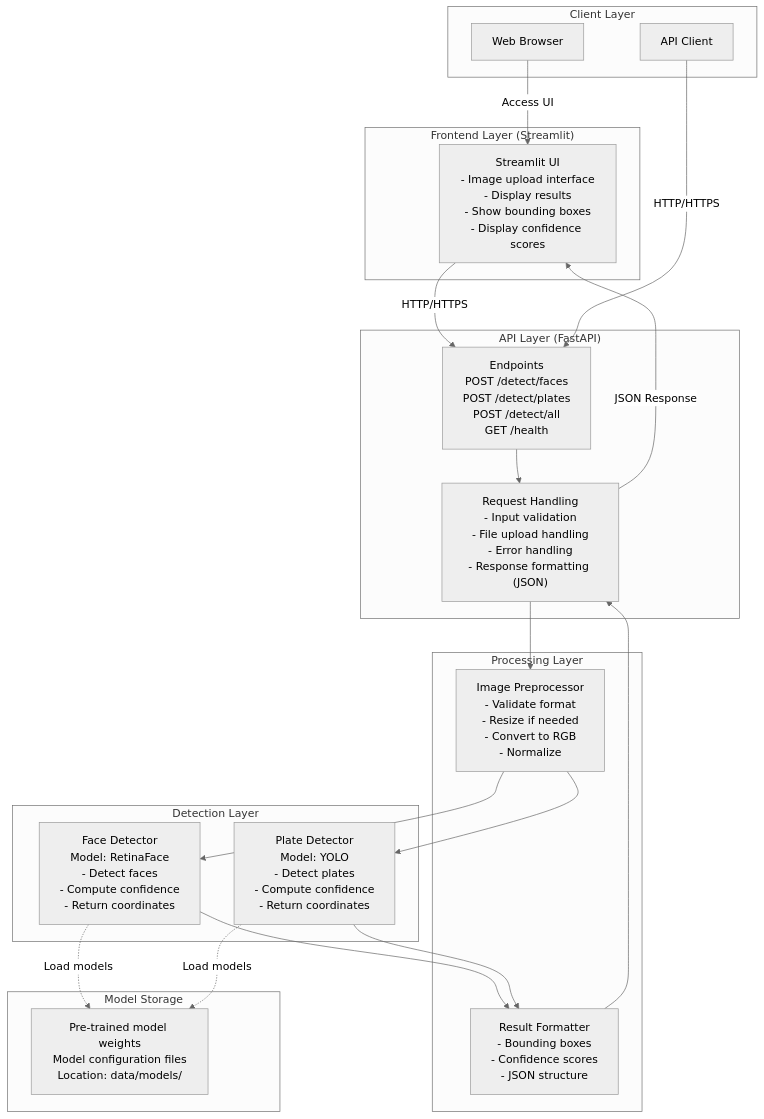
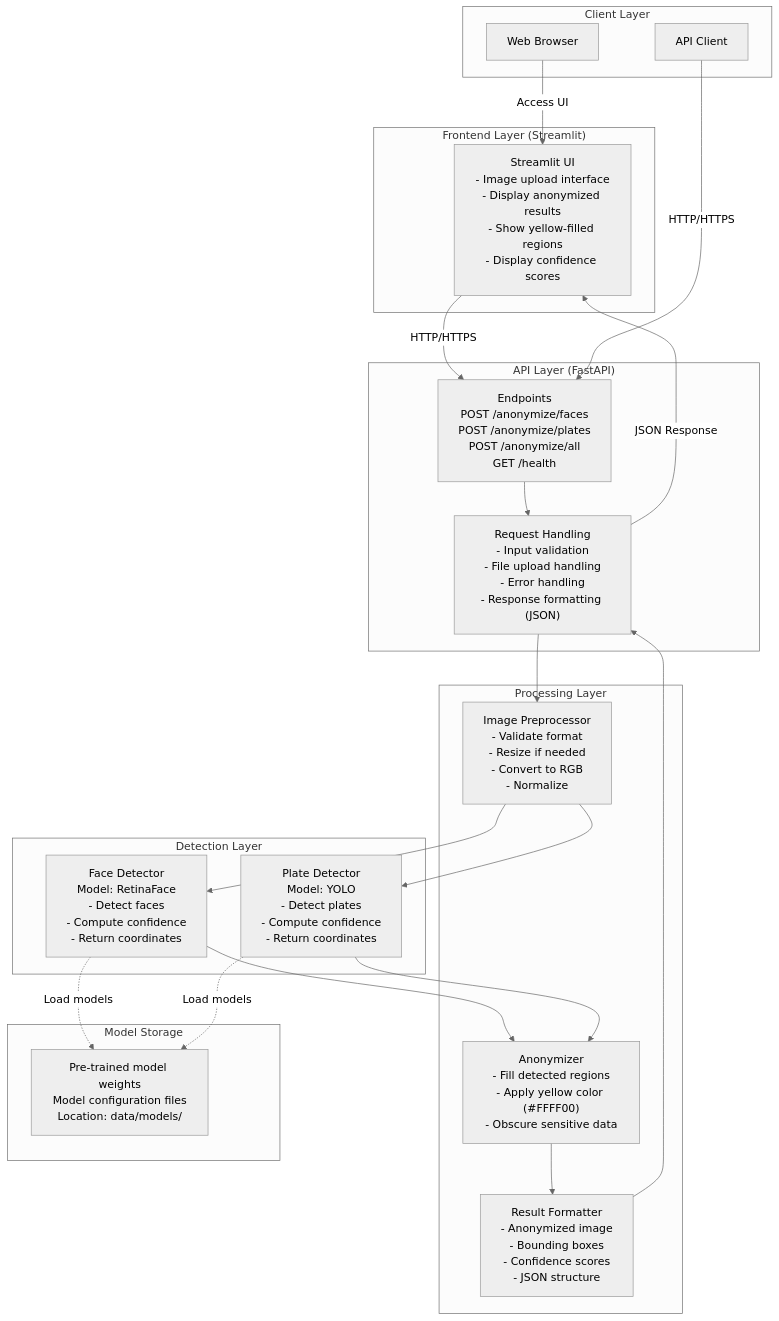
The first of 3 diagrams in docs/ARCHITECTURE.md (FidFenix/htw-emerging-photo), drawn with Mermaid (neutral theme) before and after one commit. The commit also changed other lines of this file and 4 other files, not shown here.

````diff
--- a/docs/ARCHITECTURE.md
+++ b/docs/ARCHITECTURE.md
@@ -18,44 +19,46 @@
 ```mermaid
 graph TB
     subgraph Client["Client Layer"]
         Browser[Web Browser]
         APIClient[API Client]
     end
 
     subgraph Frontend["Frontend Layer (Streamlit)"]
-        UI["Streamlit UI<br/>- Image upload interface<br/>- Display results<br/>- Show bounding boxes<br/>- Display confidence scores"]
+        UI["Streamlit UI<br/>- Image upload interface<br/>- Display anonymized results<br/>- Show yellow-filled regions<br/>- Display confidence scores"]
     end
 
     subgraph API["API Layer (FastAPI)"]
-        Endpoints["Endpoints<br/>POST /detect/faces<br/>POST /detect/plates<br/>POST /detect/all<br/>GET /health"]
+        Endpoints["Endpoints<br/>POST /anonymize/faces<br/>POST /anonymize/plates<br/>POST /anonymize/all<br/>GET /health"]
         RequestHandling["Request Handling<br/>- Input validation<br/>- File upload handling<br/>- Error handling<br/>- Response formatting (JSON)"]
     end
 
     subgraph Processing["Processing Layer"]
         Preprocessor["Image Preprocessor<br/>- Validate format<br/>- Resize if needed<br/>- Convert to RGB<br/>- Normalize"]
-        Formatter["Result Formatter<br/>- Bounding boxes<br/>- Confidence scores<br/>- JSON structure"]
+        Anonymizer["Anonymizer<br/>- Fill detected regions<br/>- Apply yellow color (#FFFF00)<br/>- Obscure sensitive data"]
+        Formatter["Result Formatter<br/>- Anonymized image<br/>- Bounding boxes<br/>- Confidence scores<br/>- JSON structure"]
     end
 
     subgraph Detection["Detection Layer"]
         FaceDetector["Face Detector<br/>Model: RetinaFace<br/>- Detect faces<br/>- Compute confidence<br/>- Return coordinates"]
         PlateDetector["Plate Detector<br/>Model: YOLO<br/>- Detect plates<br/>- Compute confidence<br/>- Return coordinates"]
     end
 
     subgraph Storage["Model Storage"]
         Models["Pre-trained model weights<br/>Model configuration files<br/>Location: data/models/"]
     end
 
     Browser -->|Access UI| UI
     UI -->|HTTP/HTTPS| Endpoints
     APIClient -->|HTTP/HTTPS| Endpoints
     Endpoints --> RequestHandling
     RequestHandling --> Preprocessor
     Preprocessor --> FaceDetector
     Preprocessor --> PlateDetector
-    FaceDetector --> Formatter
-    PlateDetector --> Formatter
+    FaceDetector --> Anonymizer
+    PlateDetector --> Anonymizer
+    Anonymizer --> Formatter
     Formatter --> RequestHandling
     RequestHandling -->|JSON Response| UI
     FaceDetector -.->|Load models| Models
     PlateDetector -.->|Load models| Models
 ```
````
